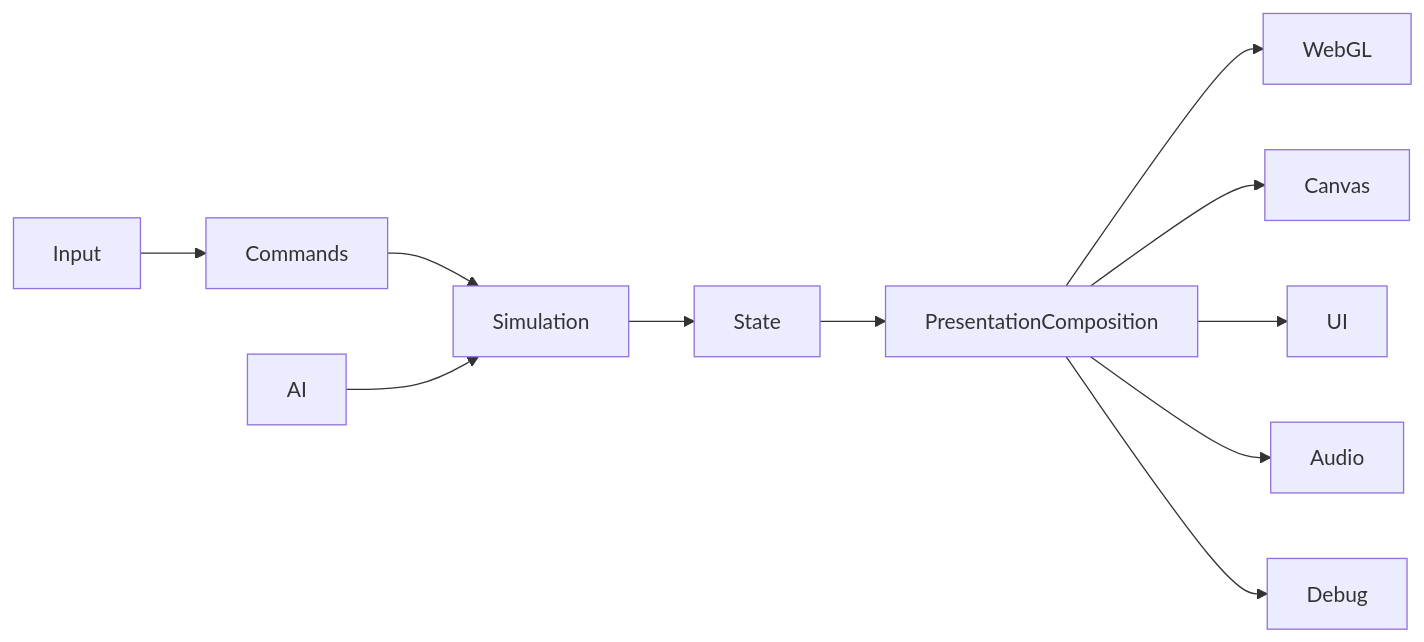
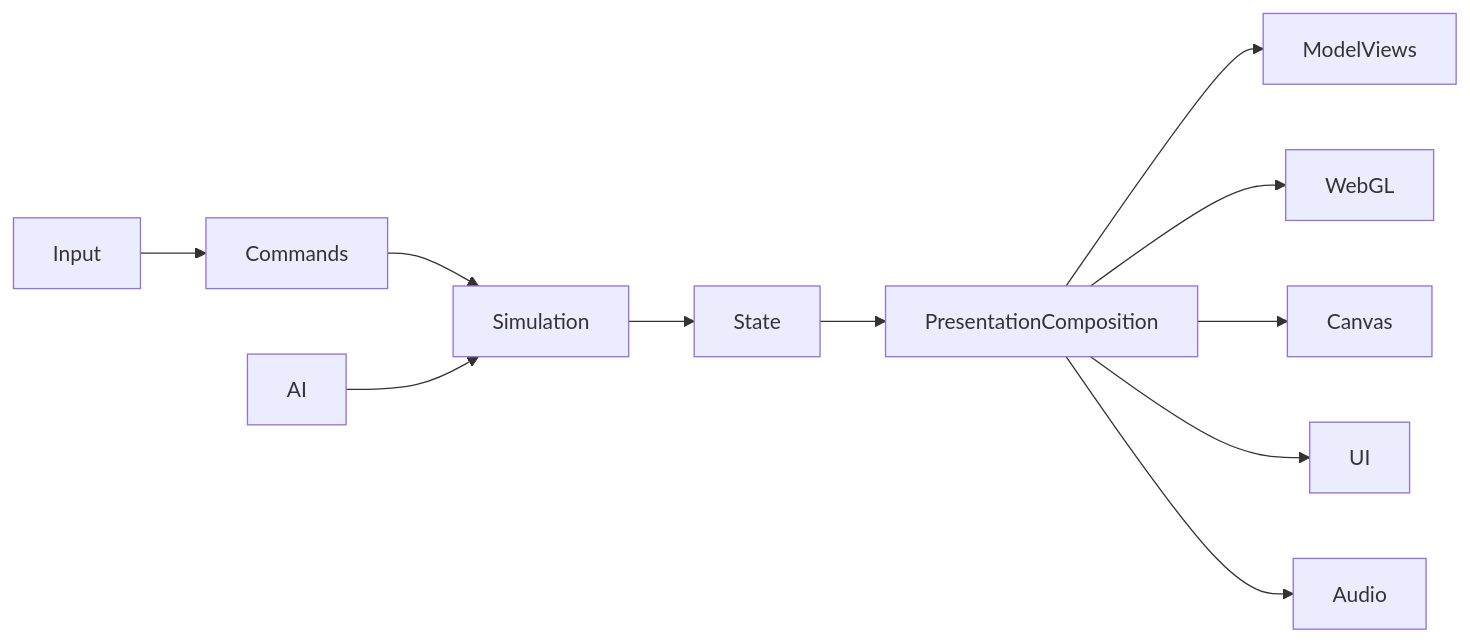
One commit to hungtvb/-tony-football changed the diagram in docs/05_ARCHITECTURE.md. Above: the diagram before and after it, drawn with Mermaid. The commit also changed other lines of this file, not shown here.

Commit message:
docs(TON-81): record model view architecture

````diff
--- a/docs/05_ARCHITECTURE.md
+++ b/docs/05_ARCHITECTURE.md
@@ -12,13 +13,13 @@
 ```mermaid
 flowchart LR
 Input --> Commands
 Commands --> Simulation
 AI --> Simulation
 Simulation --> State
 State --> PresentationComposition
+PresentationComposition --> ModelViews
 PresentationComposition --> WebGL
 PresentationComposition --> Canvas
 PresentationComposition --> UI
 PresentationComposition --> Audio
-PresentationComposition --> Debug
 ```
````
